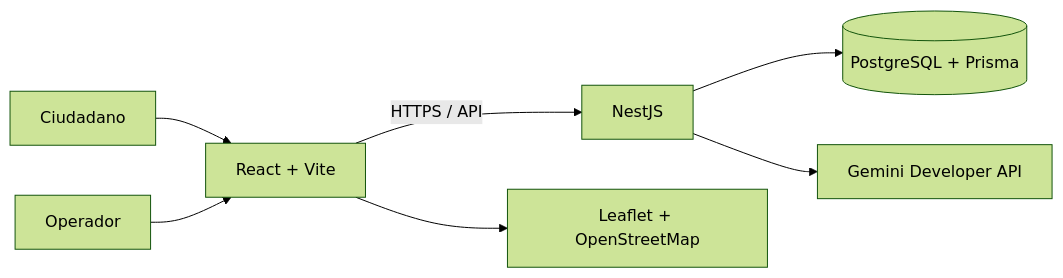
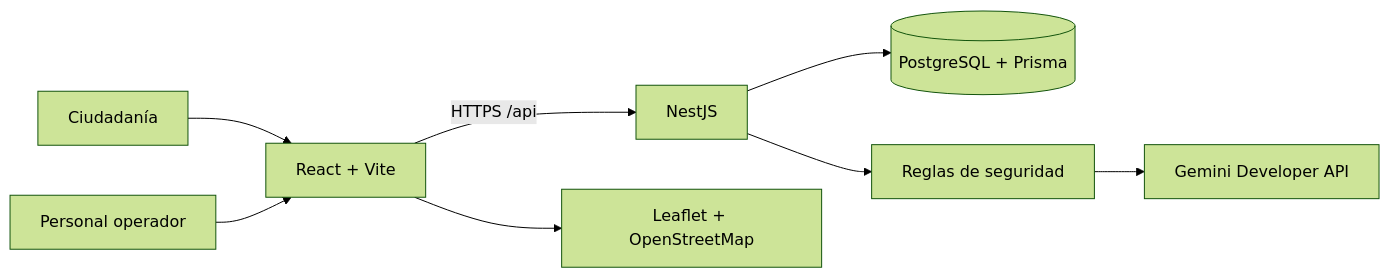
The diagram in README.md (ManferuzXO/SaludCerca), drawn with Mermaid (forest theme) before and after one commit. The commit also changed other lines of this file and 4 other files, not shown here.

````diff
--- a/README.md
+++ b/README.md
@@ -38,9 +37,10 @@
 ```mermaid
 flowchart LR
-  C[Ciudadano] --> F[React + Vite]
-  O[Operador] --> F
-  F -->|HTTPS / API| B[NestJS]
+  C[Ciudadanía] --> F[React + Vite]
+  O[Personal operador] --> F
+  F -->|HTTPS /api| B[NestJS]
+  F --> M[Leaflet + OpenStreetMap]
   B --> P[(PostgreSQL + Prisma)]
-  B --> G[Gemini Developer API]
-  F --> M[Leaflet + OpenStreetMap]
+  B --> S[Reglas de seguridad]
+  S --> G[Gemini Developer API]
 ```
````
